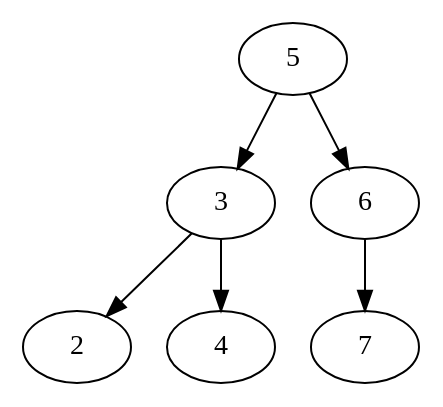
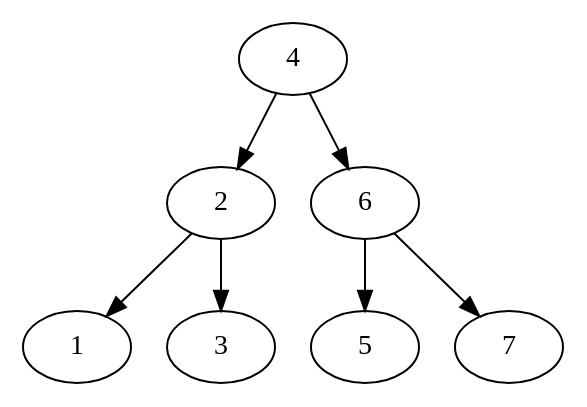
The diagram in EstruturasEspeciais/Arvores/ArvoresBinarias/ArvoreBalanceada/output/arvore.dot (LucasGabrielFontes/Estrutura_de_Dados), drawn with Graphviz before and after one commit. The commit also changed 5 other files, not shown here.

```diff
--- a/EstruturasEspeciais/Arvores/ArvoresBinarias/ArvoreBalanceada/output/arvore.dot
+++ b/EstruturasEspeciais/Arvores/ArvoresBinarias/ArvoreBalanceada/output/arvore.dot
@@ -1,7 +1,8 @@
 digraph G {
-    5 -> 3;
-    3 -> 2;
-    3 -> 4;
-    5 -> 6;
+    4 -> 2;
+    2 -> 1;
+    2 -> 3;
+    4 -> 6;
+    6 -> 5;
     6 -> 7;
 }
```
